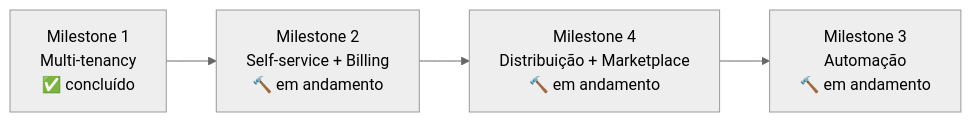
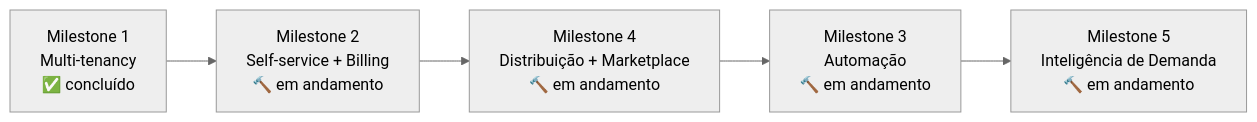
One commit to Synqo-Servicos/AutoStand changed the diagram in docs/Roadmap.md. Above: the diagram before and after it, drawn with Mermaid (neutral theme). The commit also changed other lines of this file and 5 other files, not shown here.

First line of the commit message:
docs: registra o Milestone 5 — Inteligência de Demanda

````diff
--- a/docs/Roadmap.md
+++ b/docs/Roadmap.md
@@ -30,7 +30,8 @@
 ```mermaid
 graph LR
     M1[Milestone 1<br/>Multi-tenancy<br/>✅ concluído] --> M2[Milestone 2<br/>Self-service + Billing<br/>🔨 em andamento]
     M2 --> M4[Milestone 4<br/>Distribuição + Marketplace<br/>🔨 em andamento]
     M4 --> M3[Milestone 3<br/>Automação<br/>🔨 em andamento]
-    class M1,M2,M3,M4 internal-link;
+    M3 --> M5[Milestone 5<br/>Inteligência de Demanda<br/>🔨 em andamento]
+    class M1,M2,M3,M4,M5 internal-link;
 ```
````
